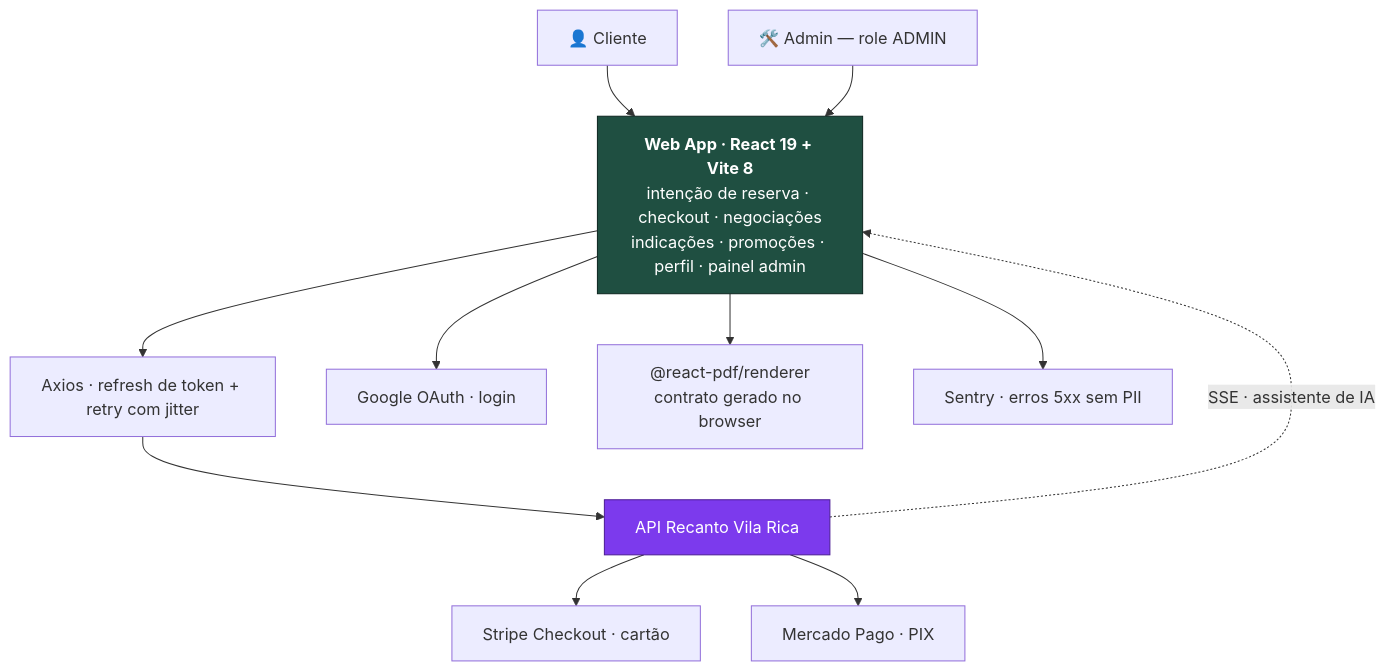
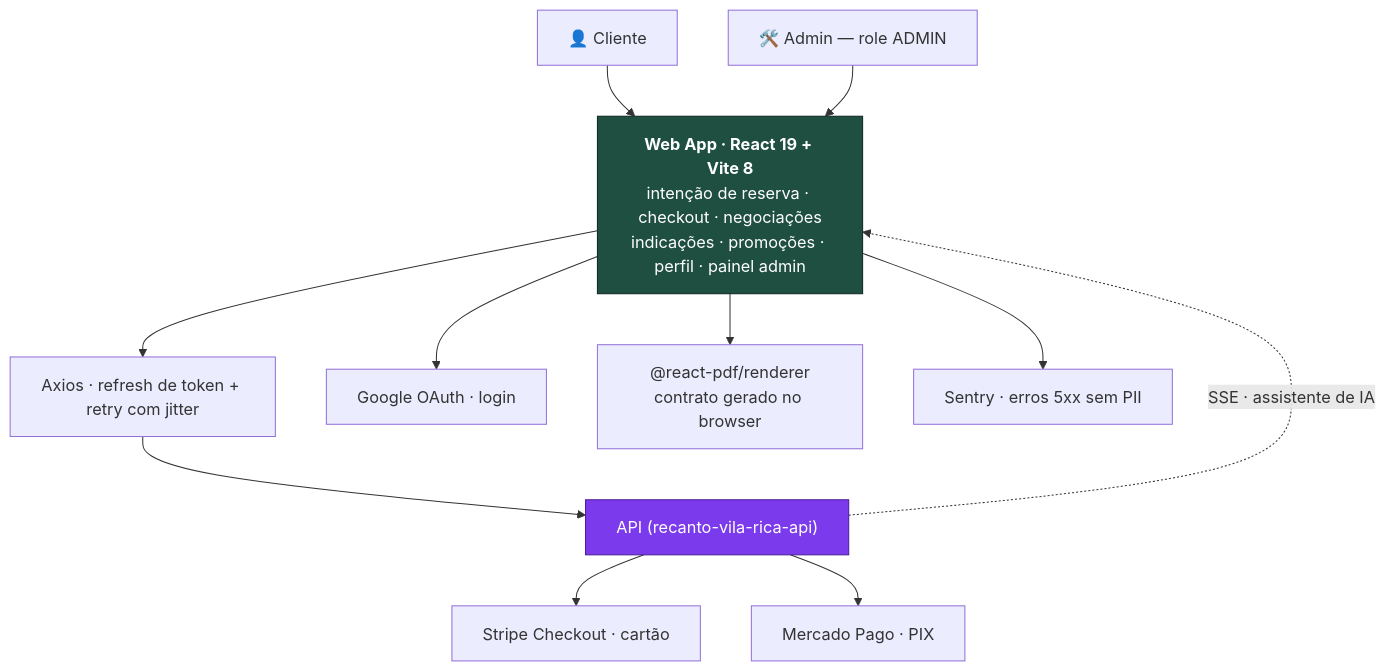
Before and after one commit to mateus-vitor-ferreira-dev/festario-web: the diagram in README.md, drawn with Mermaid. The commit also changed other lines of this file and 43 other files, not shown here.

````diff
--- a/README.md
+++ b/README.md
@@ -30,21 +32,21 @@
 ```mermaid
 flowchart TB
     U["👤 Cliente"] --> APP
     ADM["🛠️ Admin — role ADMIN"] --> APP
 
     APP["<b>Web App · React 19 + Vite 8</b><br/>intenção de reserva · checkout · negociações<br/>indicações · promoções · perfil · painel admin"]
 
     APP --> AX["Axios · refresh de token + retry com jitter"]
-    AX --> API["API Recanto Vila Rica"]
+    AX --> API["API (recanto-vila-rica-api)"]
 
     APP --> G["Google OAuth · login"]
     APP --> PDF["@react-pdf/renderer<br/>contrato gerado no browser"]
     APP --> SEN["Sentry · erros 5xx sem PII"]
 
     API --> ST["Stripe Checkout · cartão"]
     API --> MP["Mercado Pago · PIX"]
     API -. "SSE · assistente de IA" .-> APP
 
     style APP fill:#1f4f41,stroke:#0d2620,color:#fff
     style API fill:#7c3aed,stroke:#4c1d95,color:#fff
 ```
````
